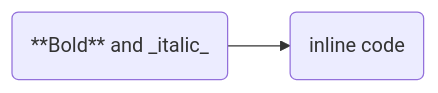
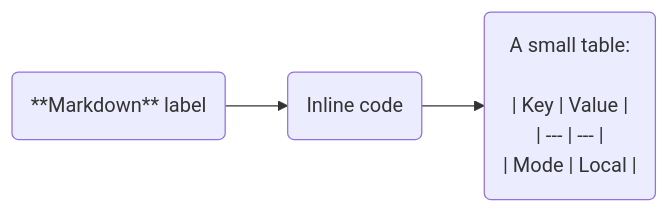
Before and after one commit to ashwnn/mehrmaid-online: the diagram in README.md, drawn with Mermaid. The commit also changed other lines of this file, not shown here.

````diff
--- a/README.md
+++ b/README.md
@@ -29,4 +18,5 @@
 ```mermaid
 graph LR
-A("**Bold** and _italic_") --> B("`inline code`")
+A("**Markdown** label") --> B("`Inline code`")
+B --> C("A small table:<br><br>| Key | Value |<br>| --- | --- |<br>| Mode | Local |")
 ```
````
